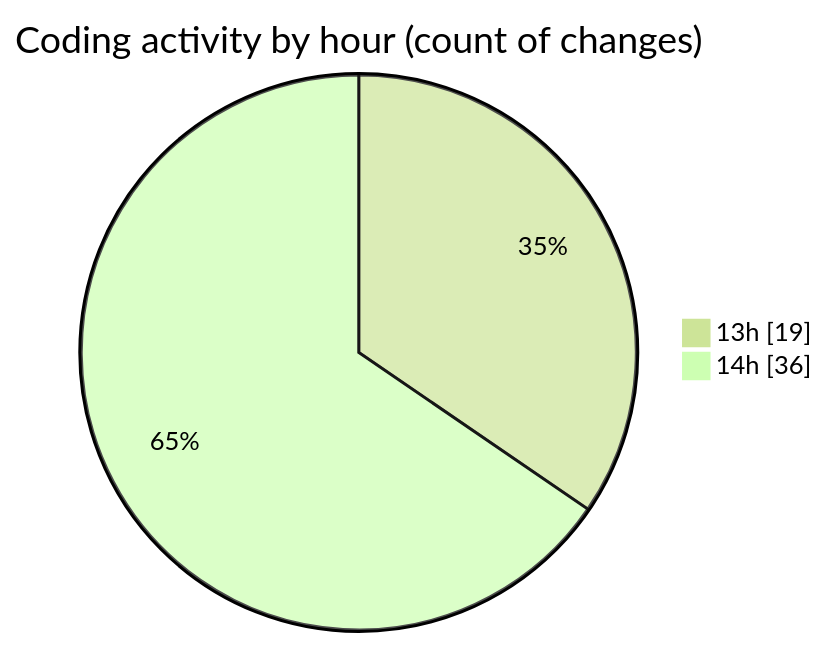
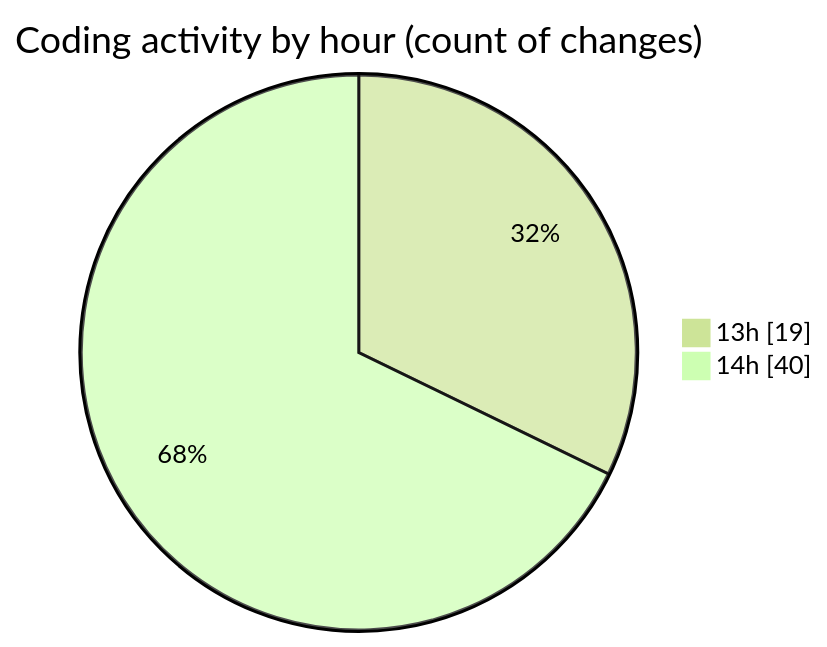
Before and after one commit to robertbonfada/code-tracking: the second of 2 diagrams in 2025-03-03/kart-online/README.md, drawn with Mermaid (forest theme). The commit also changed other lines of this file and 1 other file, not shown here.

````diff
--- a/2025-03-03/kart-online/README.md
+++ b/2025-03-03/kart-online/README.md
@@ -53,6 +53,6 @@
 ```mermaid
 pie showData
 title Coding activity by hour (count of changes)
 "13h" : 19
-"14h" : 36
+"14h" : 40
 ```
````
